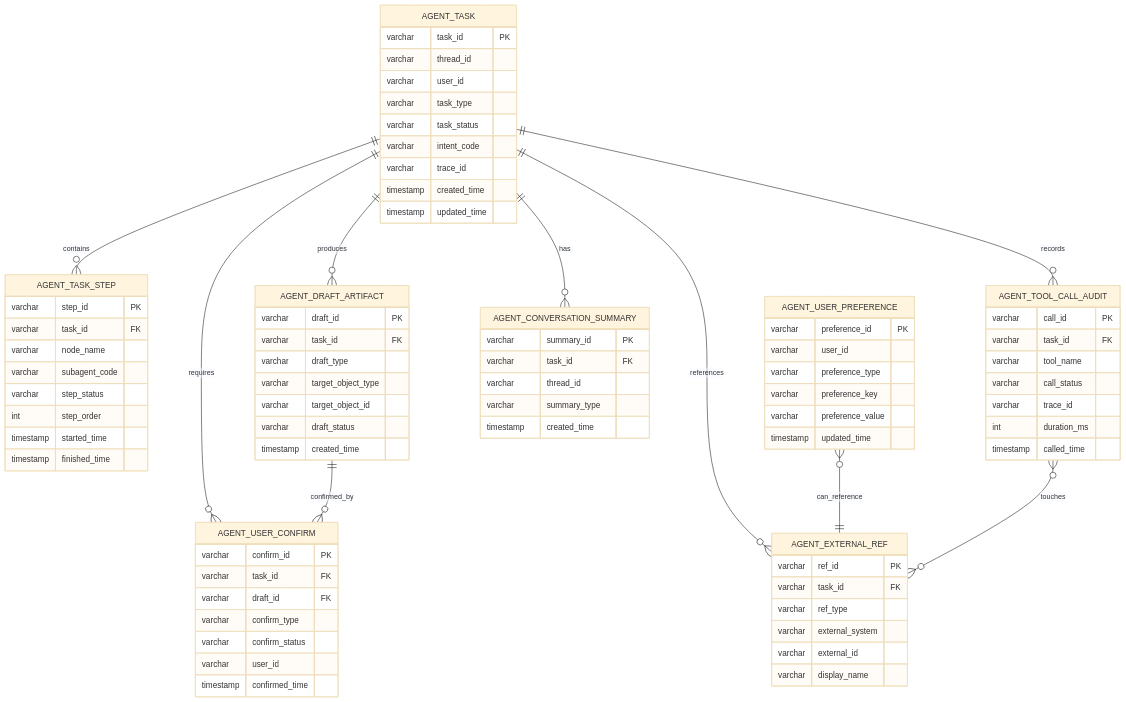
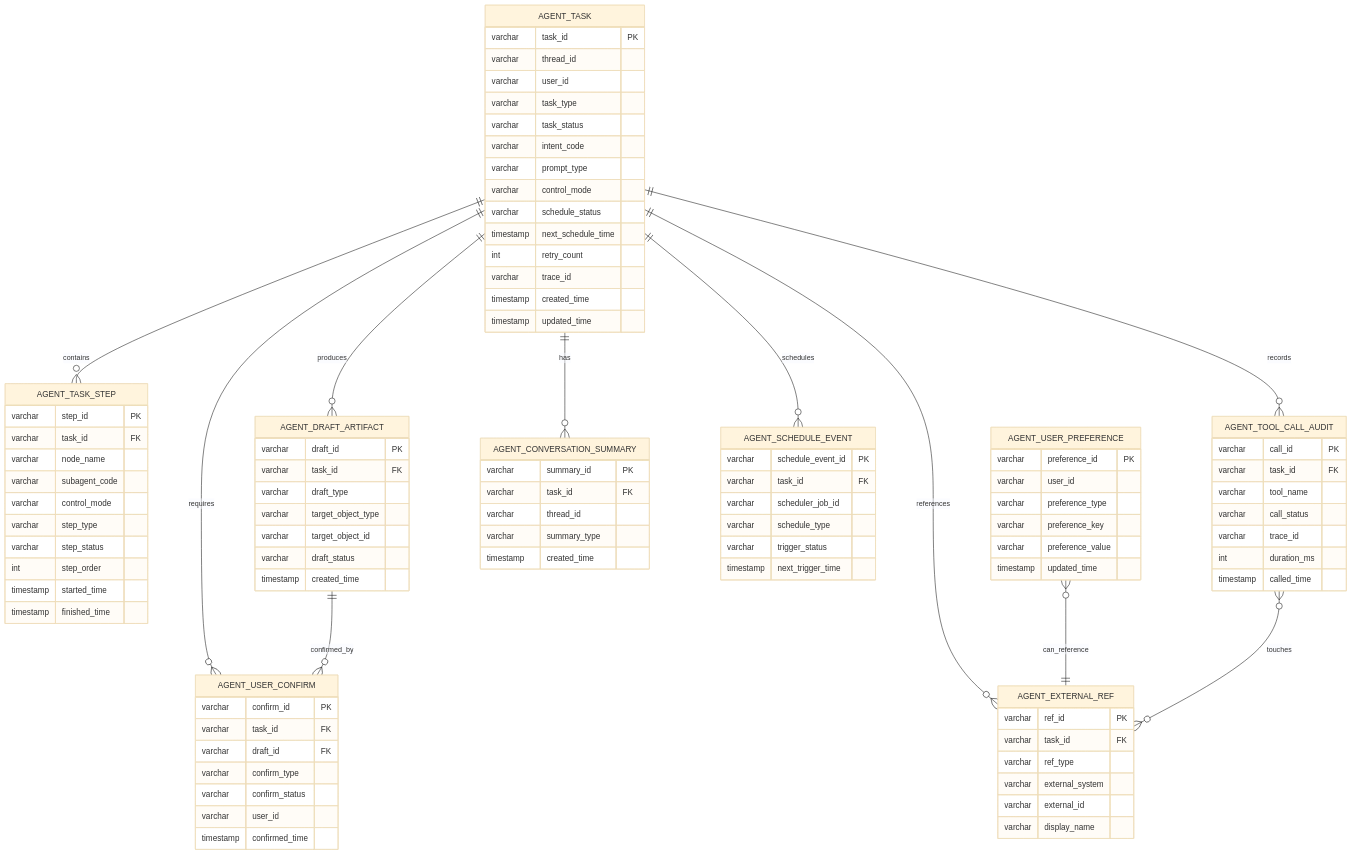
The first of 2 diagrams in 数据资产助手/06-架构设计/02-数据资产助手数据架构设计.md (ShaneLiu001/dataasset), drawn with Mermaid (base theme) before and after one commit. The commit also changed other lines of this file and 11 other files, not shown here.

````diff
--- a/数据资产助手/06-架构设计/02-数据资产助手数据架构设计.md
+++ b/数据资产助手/06-架构设计/02-数据资产助手数据架构设计.md
@@ -56,6 +60,7 @@
   AGENT_TASK ||--o{ AGENT_DRAFT_ARTIFACT : produces
   AGENT_TASK ||--o{ AGENT_EXTERNAL_REF : references
   AGENT_TASK ||--o{ AGENT_CONVERSATION_SUMMARY : has
+  AGENT_TASK ||--o{ AGENT_SCHEDULE_EVENT : schedules
 
   AGENT_USER_PREFERENCE }o--|| AGENT_EXTERNAL_REF : can_reference
   AGENT_DRAFT_ARTIFACT ||--o{ AGENT_USER_CONFIRM : confirmed_by
@@ -68,6 +73,11 @@
     varchar task_type
     varchar task_status
     varchar intent_code
+    varchar prompt_type
+    varchar control_mode
+    varchar schedule_status
+    timestamp next_schedule_time
+    int retry_count
     varchar trace_id
     timestamp created_time
     timestamp updated_time
@@ -78,6 +88,8 @@
     varchar task_id FK
     varchar node_name
     varchar subagent_code
+    varchar control_mode
+    varchar step_type
     varchar step_status
     int step_order
     timestamp started_time
@@ -139,4 +151,13 @@
     varchar summary_type
     timestamp created_time
   }
+
+  AGENT_SCHEDULE_EVENT {
+    varchar schedule_event_id PK
+    varchar task_id FK
+    varchar scheduler_job_id
+    varchar schedule_type
+    varchar trigger_status
+    timestamp next_trigger_time
+  }
 ```
````
